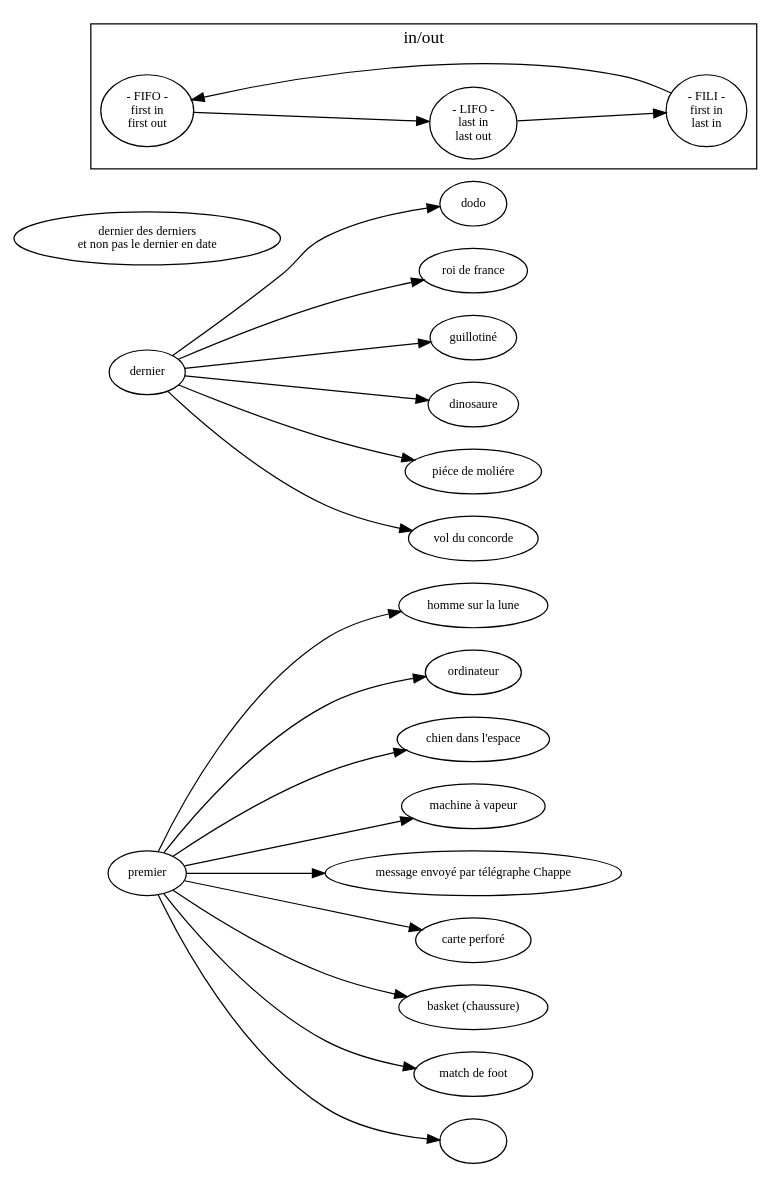
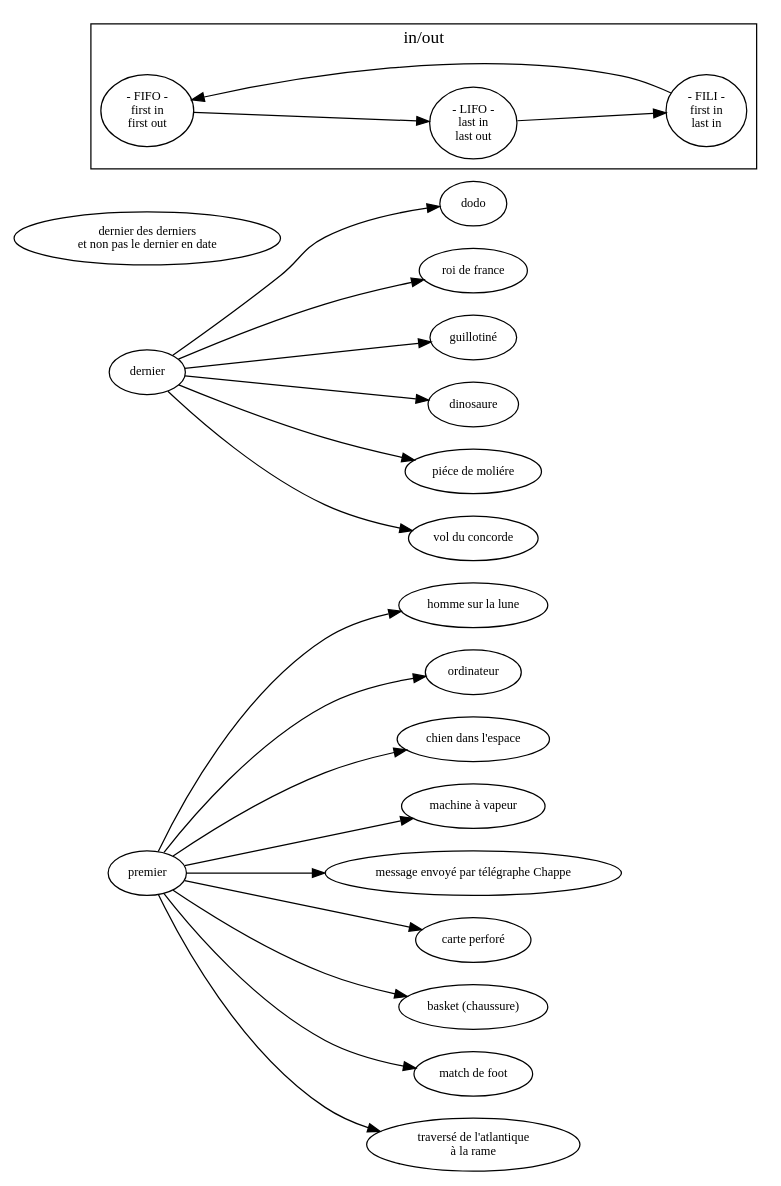
Before and after one commit to ensad-nancy/first-last: the diagram in sujet.dot, drawn with Graphviz.

Commit message:
+	first -> "traversé de l'atlantique\nà la rame"

```diff
--- a/sujet.dot
+++ b/sujet.dot
@@ -1,42 +1,42 @@
 digraph {
 
 	fontname="myriadpro"
 	fontsize = 14
 	rankdir="LR"
 	node [fontname="myriadpro", fontsize = 10]
 	edge [fontname="monaco", fontsize = 9]
 	
 	first [label="premier"]
 	last [label="dernier"]
 	
 	"dernier des derniers\n et non pas le dernier en date" 
 
 	first -> "homme sur la lune"
 	first -> "ordinateur"
 	first -> "chien dans l'espace"
 	first -> "machine à vapeur"
 	first -> "message envoyé par télégraphe Chappe"
 	first -> "carte perforé"
 	first -> "basket (chaussure)"
 	first -> "match de foot"
-	first -> ""
+	first -> "traversé de l'atlantique\nà la rame"
 	
 	last -> dodo
 	last -> "roi de france"
 	last -> "guillotiné"
 	last -> "dinosaure"
 	last -> "piéce de moliére"
 	last -> "vol du concorde"
 
 	subgraph cluster_FO{
 	
 		label="in/out"
 		
 		FIFO [label="- FIFO -\nfirst in\nfirst out"]
 		LIFO [label="- LIFO -\nlast in\nlast out"]
 		FILI [label="- FILI -\nfirst in\n last in"]
 
 		FILI -> FIFO -> LIFO -> FILI
 	}
 	
 }
```
